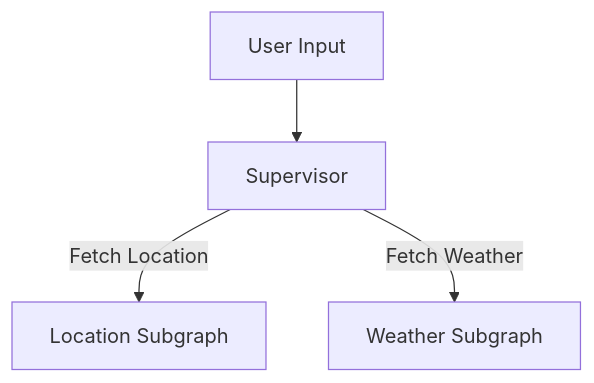
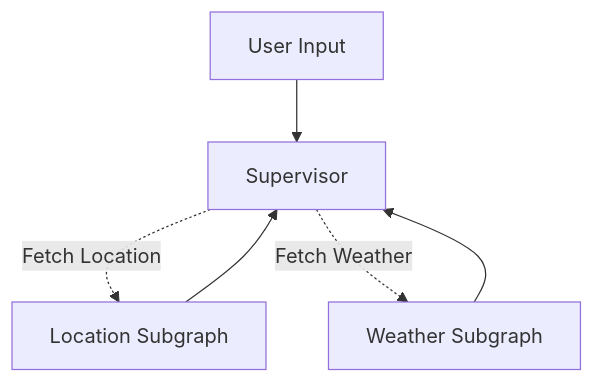
One commit to luizorodrigues-alumni/geo-weather-subagent changed the diagram in README.md. Above: the diagram before and after it, drawn with Mermaid.

````diff
--- a/README.md
+++ b/README.md
@@ -9,6 +9,8 @@
 ```mermaid
 graph TD
     User[User Input] --> Supervisor
-    Supervisor --"Fetch Location"--> LocationTool[Location Subgraph]
-    Supervisor --"Fetch Weather"--> WeatherTool[Weather Subgraph]
+    Supervisor -. "Fetch Location".-> LocationTool[Location Subgraph]
+    Supervisor -. "Fetch Weather".-> WeatherTool[Weather Subgraph]
+    WeatherTool[Weather Subgraph] --> Supervisor
+     LocationTool[Location Subgraph] --> Supervisor
 ```
````
